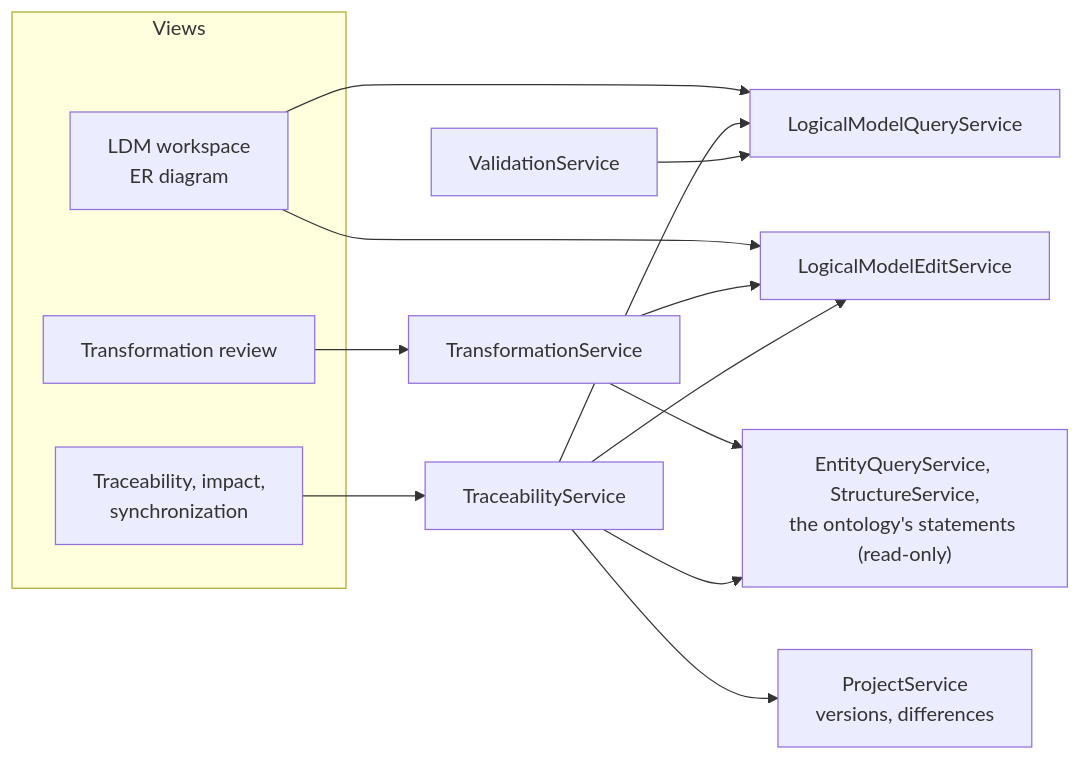
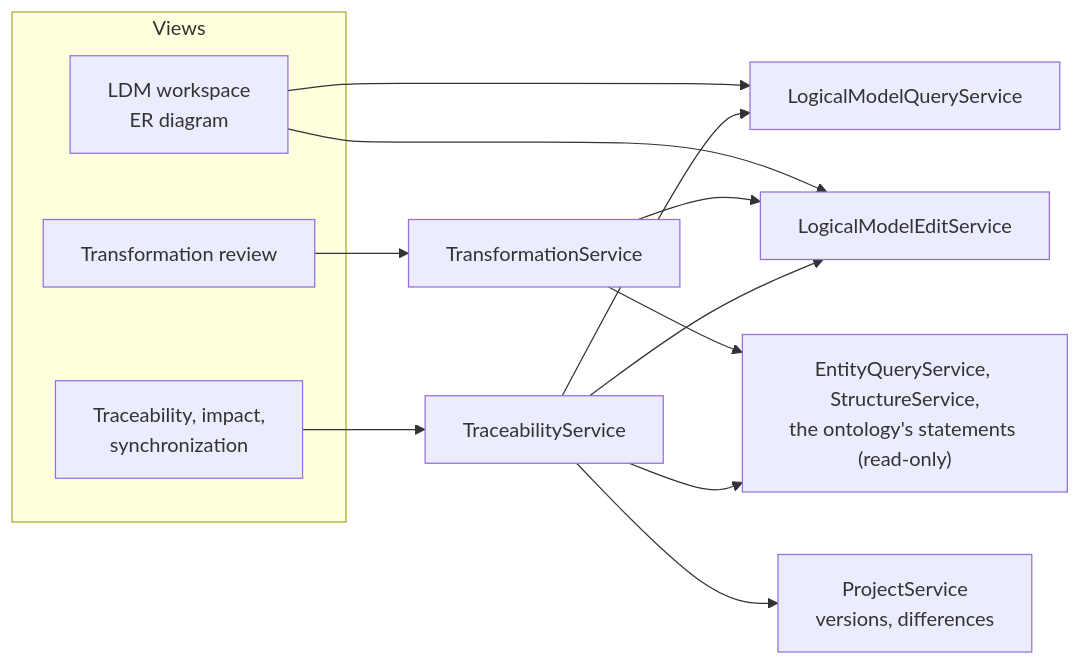
Before and after one commit to chestnzu1/conceptweaver: diagram 12 of 12 in docs/SYSTEM_ARCHITECTURE.md, drawn with Mermaid. The commit also changed other lines of this file and 45 other files, not shown here.

````diff
--- a/docs/SYSTEM_ARCHITECTURE.md
+++ b/docs/SYSTEM_ARCHITECTURE.md
@@ -1201,26 +1209,24 @@
 ```mermaid
 flowchart LR
   subgraph Views
     W["LDM workspace<br/>ER diagram"]
     T["Transformation review"]
     I["Traceability, impact,<br/>synchronization"]
   end
   Q["LogicalModelQueryService"]
   E["LogicalModelEditService"]
   TR["TransformationService"]
   TS["TraceabilityService"]
   OS["EntityQueryService, StructureService,<br/>the ontology's statements (read-only)"]
   PS["ProjectService<br/>versions, differences"]
-  VS["ValidationService"]
   W --> Q
   W --> E
   T --> TR
   I --> TS
   TR --> OS
   TR --> E
   TS --> OS
   TS --> PS
   TS --> Q
   TS --> E
-  VS --> Q
 ```
````
